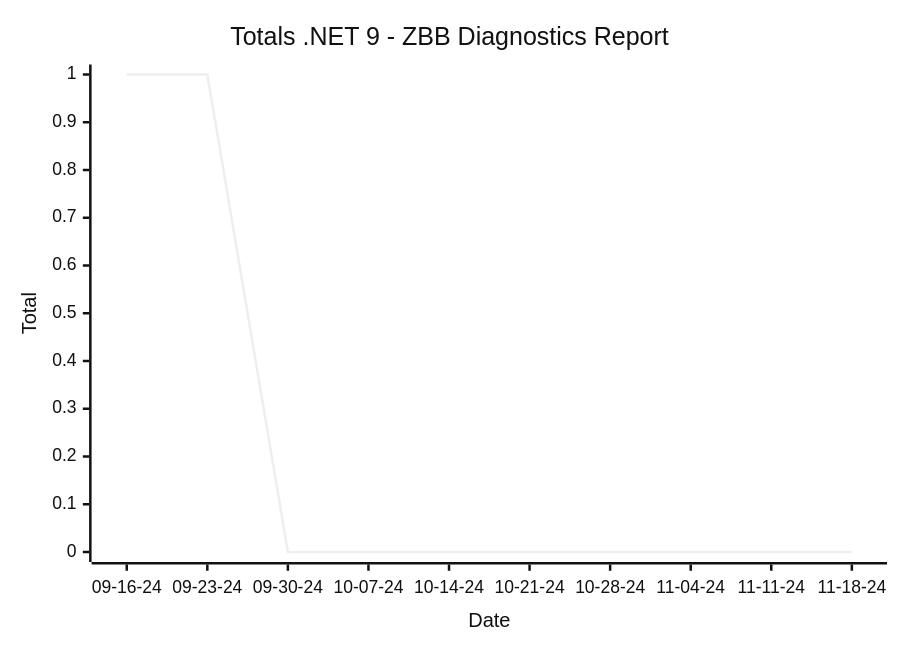
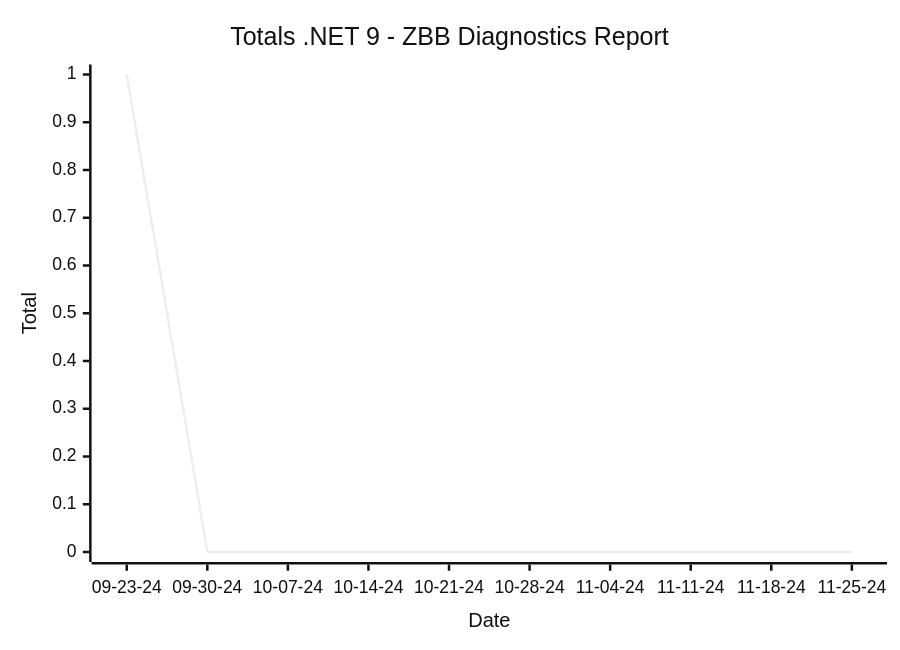
Before and after one commit to hoyosjs/gh-issue-tracker: the second of 2 diagrams in reports/README.md, drawn with Mermaid (neutral theme). The commit also changed other lines of this file and 4 other files, not shown here.

````diff
--- a/reports/README.md
+++ b/reports/README.md
@@ -24,7 +24,7 @@
 ```mermaid
 xychart-beta
   title "Totals .NET 9 - ZBB Diagnostics Report"
-  x-axis "Date" ["09-16-24", "09-23-24", "09-30-24", "10-07-24", "10-14-24", "10-21-24", "10-28-24", "11-04-24", "11-11-24", "11-18-24"]
+  x-axis "Date" ["09-23-24", "09-30-24", "10-07-24", "10-14-24", "10-21-24", "10-28-24", "11-04-24", "11-11-24", "11-18-24", "11-25-24"]
   y-axis "Total"
-  line [1, 1, 0, 0, 0, 0, 0, 0, 0, 0]
+  line [1, 0, 0, 0, 0, 0, 0, 0, 0, 0]
 ```
````
